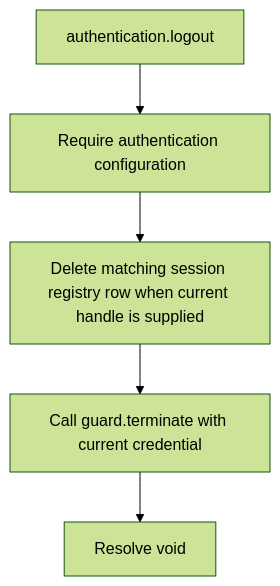
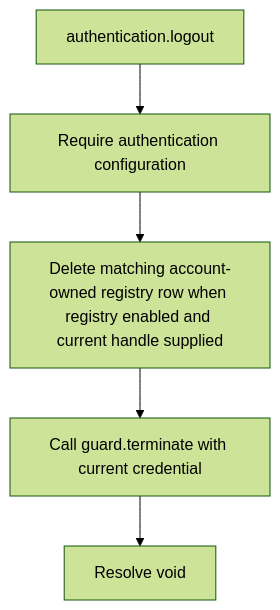
The second of 2 diagrams in user-stories/US-ACCOUNT-04-sign-out.md (Kevinjohn/oss-adonisjs-account-kit), drawn with Mermaid (forest theme) before and after one commit. The commit also changed other lines of this file and 43 other files, not shown here.

````diff
--- a/user-stories/US-ACCOUNT-04-sign-out.md
+++ b/user-stories/US-ACCOUNT-04-sign-out.md
@@ -30,7 +32,7 @@
 ```mermaid
 flowchart TD
  A["authentication.logout"] --> B["Require authentication configuration"]
- B --> C["Delete matching session registry row when current handle is supplied"]
+ B --> C["Delete matching account-owned registry row when registry enabled and current handle supplied"]
  C --> D["Call guard.terminate with current credential"]
  D --> E["Resolve void"]
 ```
````
